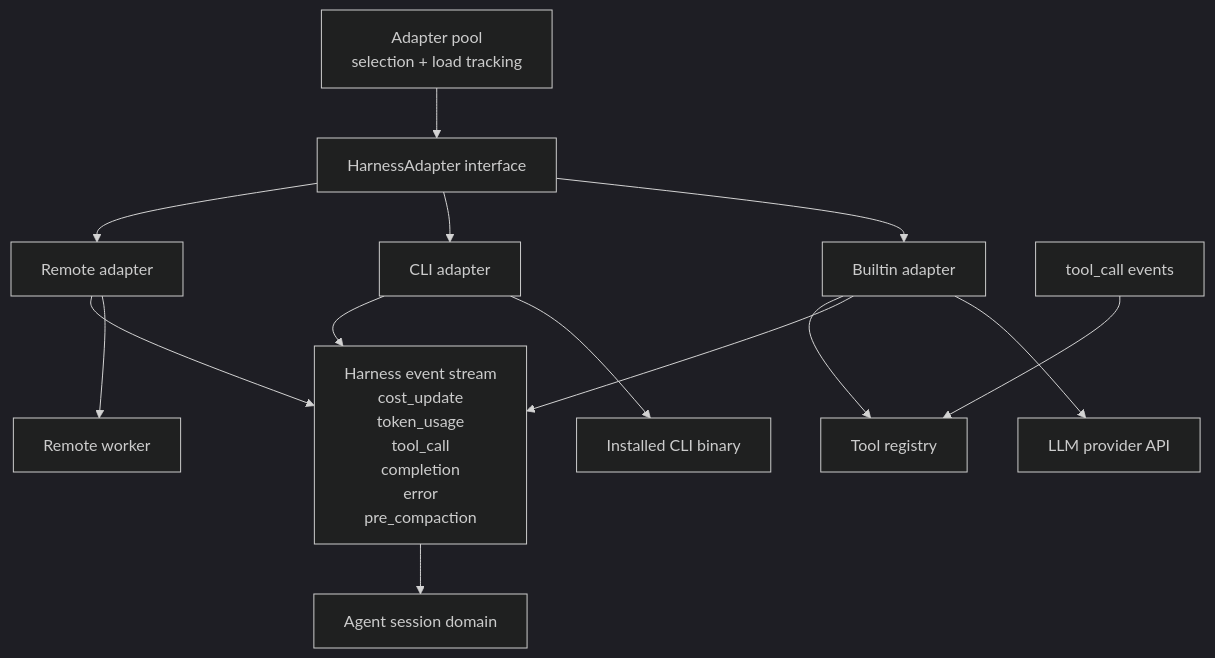
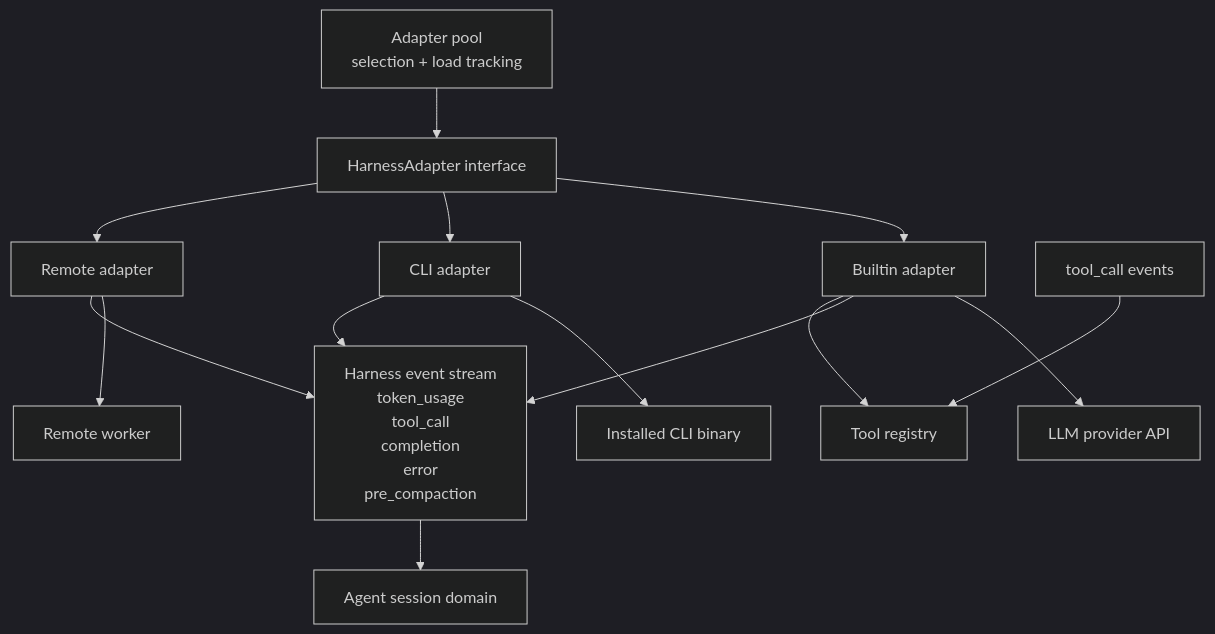
One commit to idle-builders/hyperidle changed the eighth of 12 diagrams in docs/architecture/as-implemented-domain-architecture.md. Above: the diagram before and after it, drawn with Mermaid (dark theme). The commit also changed other lines of this file and 706 other files, not shown here.

````diff
--- a/docs/architecture/as-implemented-domain-architecture.md
+++ b/docs/architecture/as-implemented-domain-architecture.md
@@ -259,24 +259,24 @@
 ```mermaid
 flowchart TB
   AdapterPool["Adapter pool\nselection + load tracking"]
   HarnessAdapter["HarnessAdapter interface"]
   Builtin["Builtin adapter"]
   CLI["CLI adapter"]
   Remote["Remote adapter"]
-  EventStream["Harness event stream\ncost_update\ntoken_usage\ntool_call\ncompletion\nerror\npre_compaction"]
+  EventStream["Harness event stream\ntoken_usage\ntool_call\ncompletion\nerror\npre_compaction"]
 
   AdapterPool --> HarnessAdapter
   HarnessAdapter --> Builtin
   HarnessAdapter --> CLI
   HarnessAdapter --> Remote
   Builtin --> Provider["LLM provider API"]
   CLI --> Binary["Installed CLI binary"]
   Remote --> Worker["Remote worker"]
   Builtin --> EventStream
   CLI --> EventStream
   Remote --> EventStream
 
   EventStream --> Session["Agent session domain"]
   ToolCalls["tool_call events"] --> ToolRegistry["Tool registry"]
   Builtin --> ToolRegistry
 ```
````
